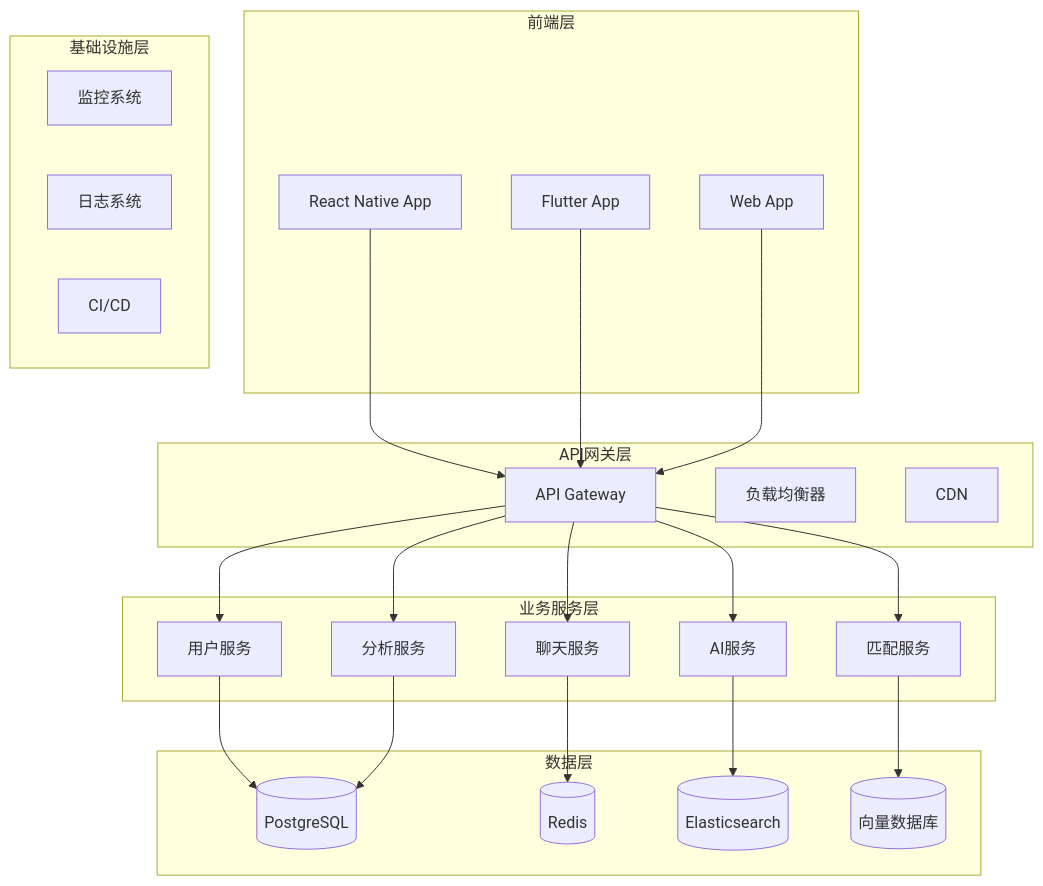
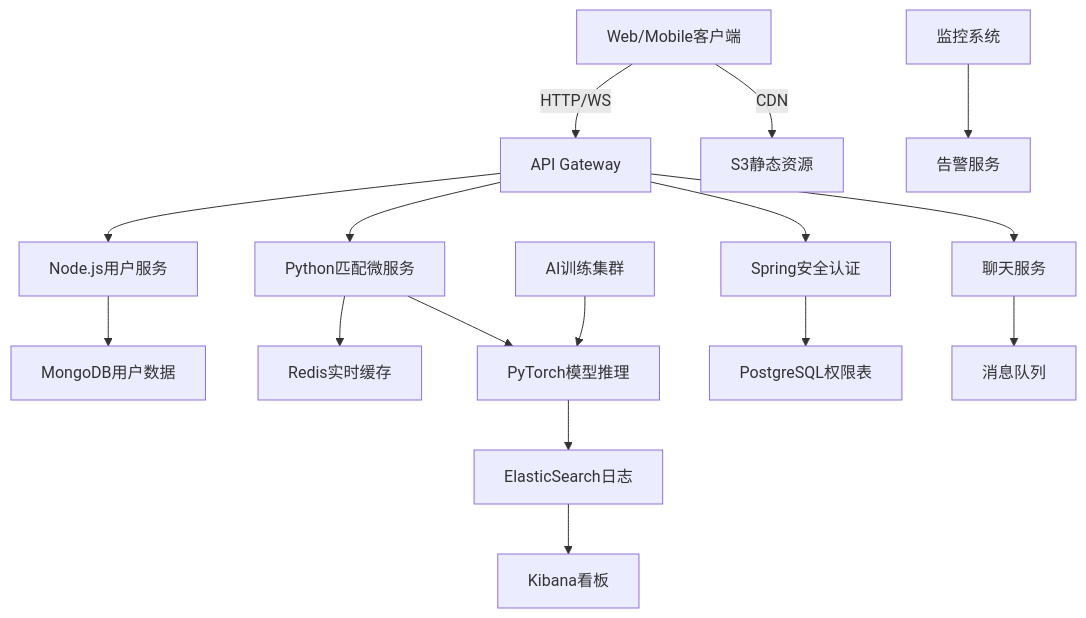
Before and after one commit to yzcmf/yzcmfInterview: the diagram in ProjectExp/autoProjectBuilder/autoProject/auto_project_1_friend_social_platform/README.autogen.md, drawn with Mermaid. The commit also changed other lines of this file and 1 other file, not shown here.

````diff
--- a/ProjectExp/autoProjectBuilder/autoProject/auto_project_1_friend_social_platform/README.autogen.md
+++ b/ProjectExp/autoProjectBuilder/autoProject/auto_project_1_friend_social_platform/README.autogen.md
@@ -69,49 +184,22 @@
 ```mermaid
-graph TB
-    subgraph "前端层"
-        A[React Native App]
-        B[Flutter App]
-        C[Web App]
-    end
+graph TD
+    A[Web/Mobile客户端] -->|HTTP/WS| B[API Gateway]
+    B --> C[Node.js用户服务]
+    B --> D[Python匹配微服务]
+    B --> E[Spring安全认证]
+    B --> F[聊天服务]
     
-    subgraph "API网关层"
-        D[API Gateway]
-        E[负载均衡器]
-        F[CDN]
-    end
+    C --> G[MongoDB用户数据]
+    D --> H[Redis实时缓存]
+    D --> I[PyTorch模型推理]
+    E --> J[PostgreSQL权限表]
+    F --> K[消息队列]
     
-    subgraph "业务服务层"
-        G[用户服务]
-        H[匹配服务]
-        I[聊天服务]
-        J[AI服务]
-        K[分析服务]
-    end
+    I --> L[ElasticSearch日志]
+    L --> M[Kibana看板]
     
-    subgraph "数据层"
-        L[(PostgreSQL)]
-        M[(Redis)]
-        N[(Elasticsearch)]
-        O[(向量数据库)]
-    end
+    A -->|CDN| N[S3静态资源]
     
-    subgraph "基础设施层"
-        P[监控系统]
-        Q[日志系统]
-        R[CI/CD]
-    end
-    
-    A --> D
-    B --> D
-    C --> D
-    D --> G
-    D --> H
-    D --> I
-    D --> J
-    D --> K
-    G --> L
-    H --> O
-    I --> M
-    J --> N
-    K --> L
+    O[监控系统] --> P[告警服务]
+    Q[AI训练集群] --> I
 ```
````
